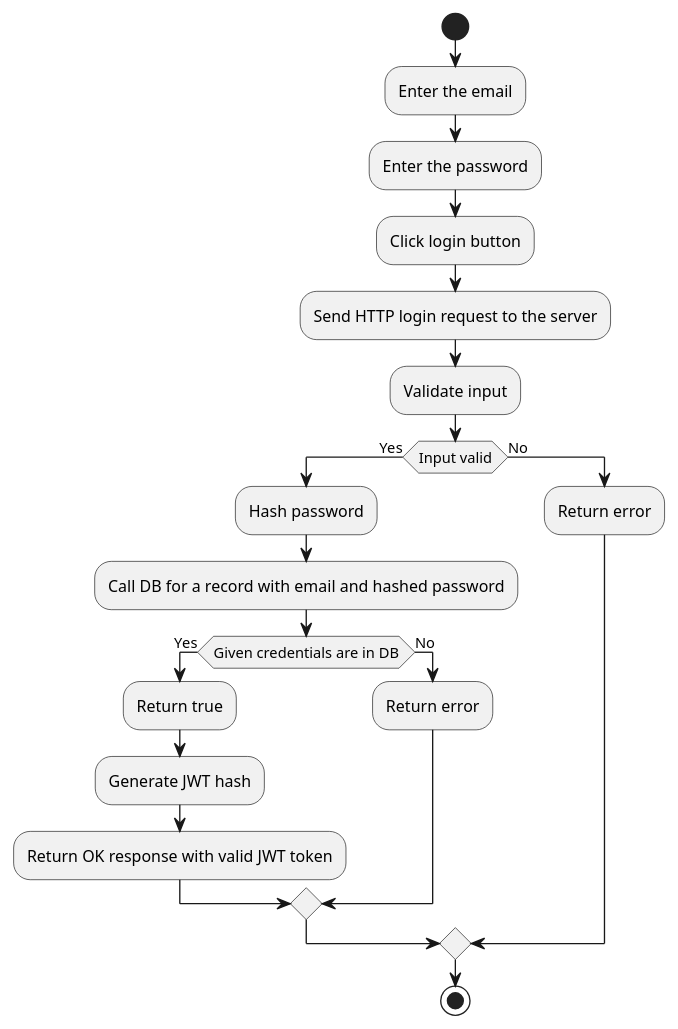
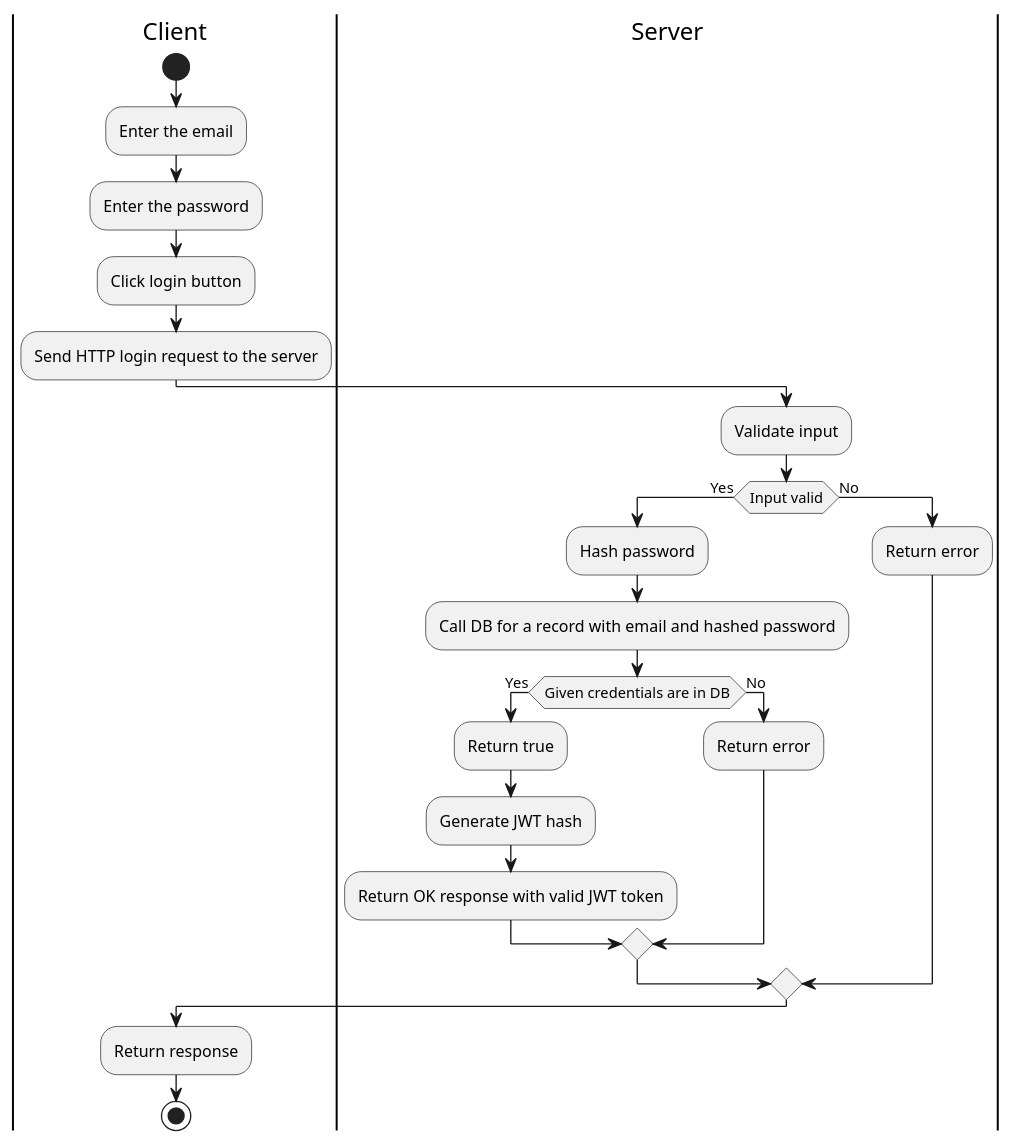
The diagram in docs/activity-diagrams/login.puml (hakanyildizhan/pwr-22-spring-css-ii-st-gpp), drawn with PlantUML before and after one commit.

Commit message:
Correct the login diagram

```diff
--- a/docs/activity-diagrams/login.puml
+++ b/docs/activity-diagrams/login.puml
@@ -1,26 +1,31 @@
 @startuml
+|Client|
 start
+|Client|
 :Enter the email;
 :Enter the password;
 :Click login button;
 :Send HTTP login request to the server;
+|Server|
 :Validate input;
 if (Input valid) then
  ->Yes;
  :Hash password;
  :Call DB for a record with email and hashed password;
  if (Given credentials are in DB) then
   ->Yes;
   :Return true;
   :Generate JWT hash;
   :Return OK response with valid JWT token;
  else
   ->No;
   :Return error;
  endif
 else
  -> No;
  :Return error;
 endif
+|Client|
+:Return response;
 stop
 @enduml
```
